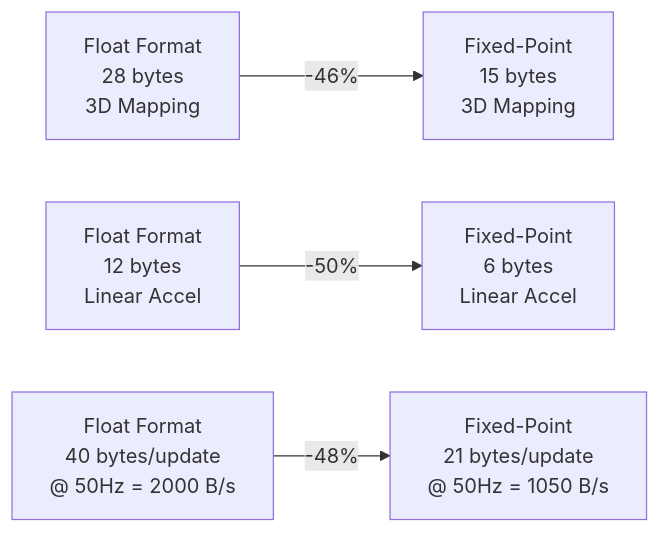
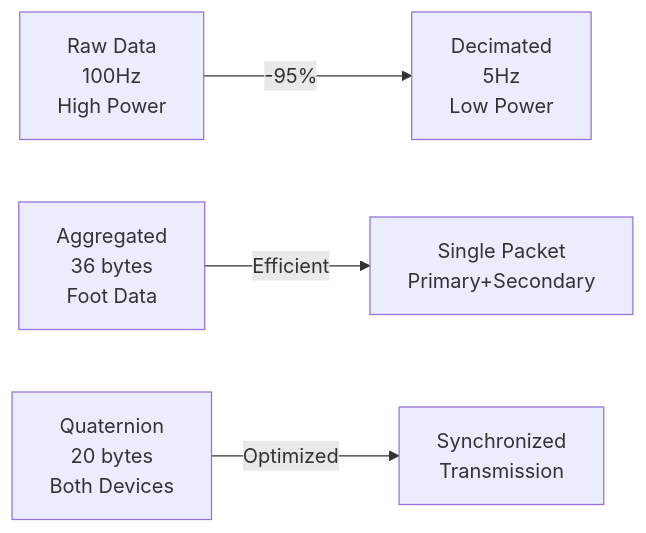
Before and after one commit to Botz-Limited/sensing_system-Zephyr: the third of 3 diagrams in docs/Bluetooth_GATT_Specification.md, drawn with Mermaid. The commit also changed other lines of this file and 2 other files, not shown here.

````diff
--- a/docs/Bluetooth_GATT_Specification.md
+++ b/docs/Bluetooth_GATT_Specification.md
@@ -207,6 +156,6 @@
 ```mermaid
 flowchart LR
-    F1[Float Format<br/>28 bytes<br/>3D Mapping] -->|-46%| X1[Fixed-Point<br/>15 bytes<br/>3D Mapping]
-    F2[Float Format<br/>12 bytes<br/>Linear Accel] -->|-50%| X2[Fixed-Point<br/>6 bytes<br/>Linear Accel]
-    F3[Float Format<br/>40 bytes/update<br/>@ 50Hz = 2000 B/s] -->|-48%| X3[Fixed-Point<br/>21 bytes/update<br/>@ 50Hz = 1050 B/s]
+    F1[Raw Data<br/>100Hz<br/>High Power] -->|-95%| X1[Decimated<br/>5Hz<br/>Low Power]
+    F2[Aggregated<br/>36 bytes<br/>Foot Data] -->|Efficient| X2[Single Packet<br/>Primary+Secondary]
+    F3[Quaternion<br/>20 bytes<br/>Both Devices] -->|Optimized| X3[Synchronized<br/>Transmission]
 ```
````
